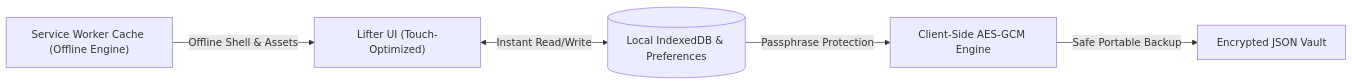
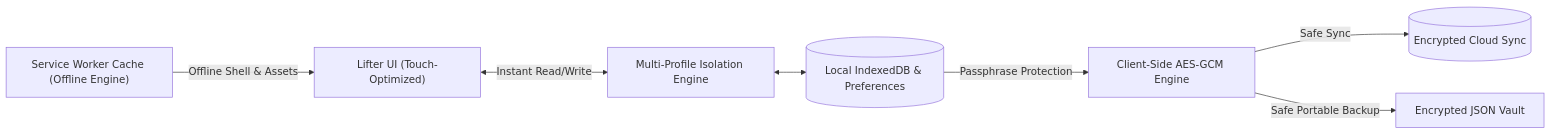
The diagram in README.md (Neeraj3102/neerajgymtracker), drawn with Mermaid before and after one commit. The commit also changed other lines of this file, not shown here.

````diff
--- a/README.md
+++ b/README.md
@@ -41,13 +57,17 @@
 ```mermaid
 flowchart LR
     UI["Lifter UI (Touch-Optimized)"]
     SW["Service Worker Cache (Offline Engine)"]
     Storage[("Local IndexedDB & Preferences")]
+    Profiles["Multi-Profile Isolation Engine"]
     Crypto["Client-Side AES-GCM Engine"]
+    Cloud[("Encrypted Cloud Sync")]
     Export["Encrypted JSON Vault"]
 
-    UI <-->|"Instant Read/Write"| Storage
+    UI <-->|"Instant Read/Write"| Profiles
+    Profiles <--> Storage
     SW -->|"Offline Shell & Assets"| UI
     Storage -->|"Passphrase Protection"| Crypto
+    Crypto -->|"Safe Sync"| Cloud
     Crypto -->|"Safe Portable Backup"| Export
 ```
````
